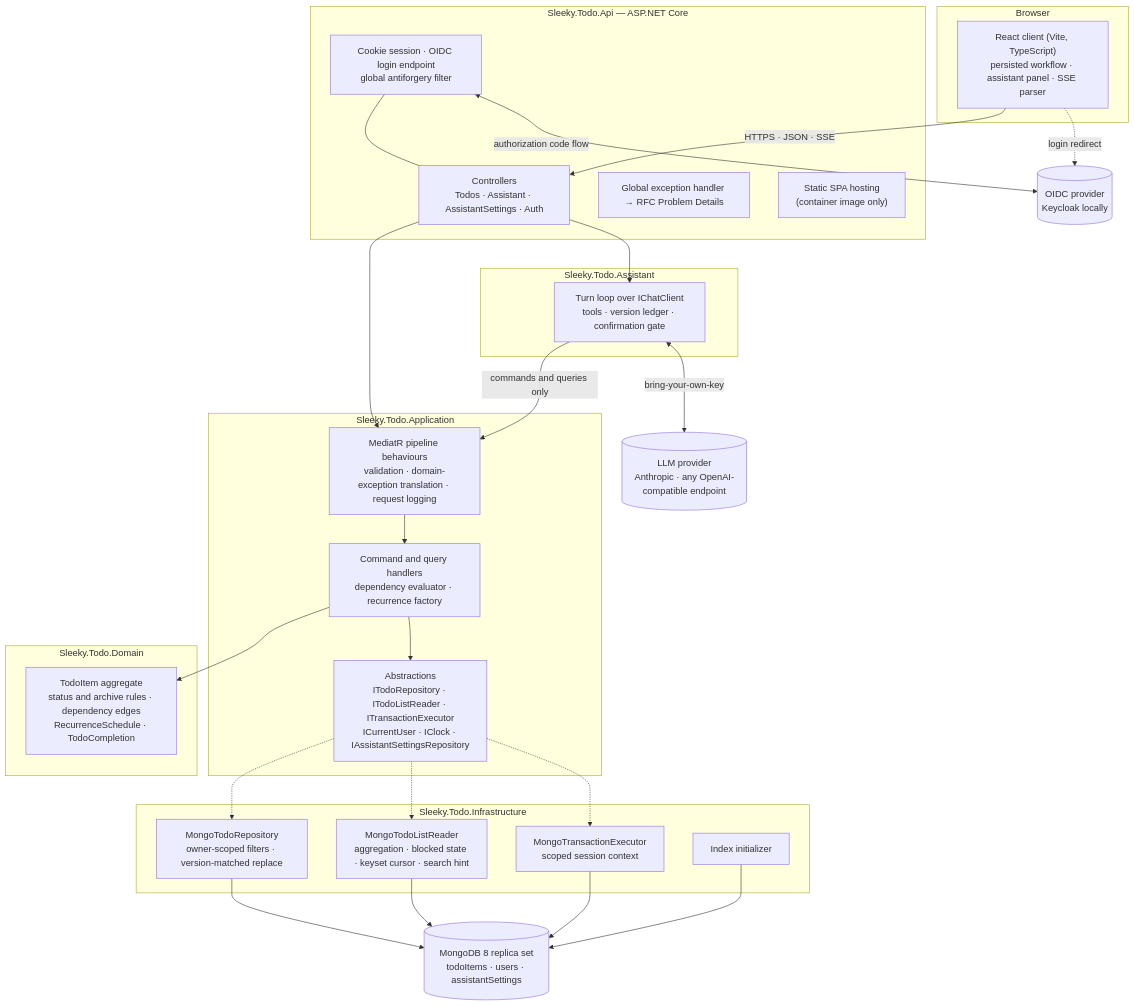
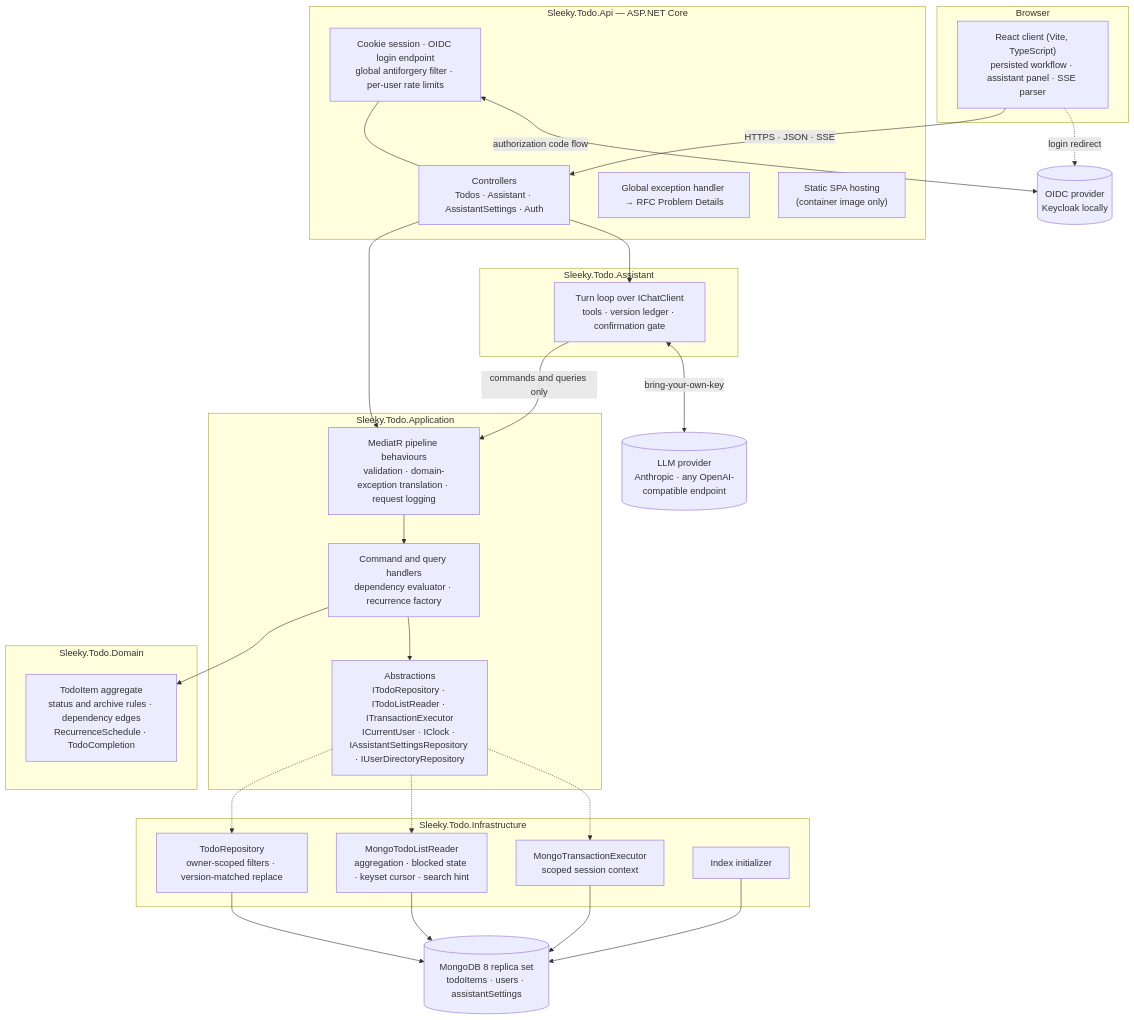
The first of 2 diagrams in docs/architecture.md (Space0Timer/sleeky-todo), drawn with Mermaid before and after one commit. The commit also changed other lines of this file and 6 other files, not shown here.

First line of the commit message:
docs: reconcile architecture and decision logs with the code

````diff
--- a/docs/architecture.md
+++ b/docs/architecture.md
@@ -7,57 +7,57 @@
 ```mermaid
 flowchart TB
     subgraph browser["Browser"]
         spa["React client (Vite, TypeScript)<br/>persisted workflow · assistant panel · SSE parser"]
     end
 
     subgraph api["Sleeky.Todo.Api — ASP.NET Core"]
-        auth["Cookie session · OIDC login endpoint<br/>global antiforgery filter"]
+        auth["Cookie session · OIDC login endpoint<br/>global antiforgery filter · per-user rate limits"]
         controllers["Controllers<br/>Todos · Assistant · AssistantSettings · Auth"]
         problems["Global exception handler → RFC Problem Details"]
         static["Static SPA hosting<br/>(container image only)"]
     end
 
     subgraph assistant["Sleeky.Todo.Assistant"]
         turn["Turn loop over IChatClient<br/>tools · version ledger · confirmation gate"]
     end
 
     subgraph application["Sleeky.Todo.Application"]
         pipeline["MediatR pipeline behaviours<br/>validation · domain-exception translation · request logging"]
         handlers["Command and query handlers<br/>dependency evaluator · recurrence factory"]
-        abstractions["Abstractions<br/>ITodoRepository · ITodoListReader · ITransactionExecutor<br/>ICurrentUser · IClock · IAssistantSettingsRepository"]
+        abstractions["Abstractions<br/>ITodoRepository · ITodoListReader · ITransactionExecutor<br/>ICurrentUser · IClock · IAssistantSettingsRepository · IUserDirectoryRepository"]
     end
 
     subgraph domain["Sleeky.Todo.Domain"]
         entity["TodoItem aggregate<br/>status and archive rules · dependency edges<br/>RecurrenceSchedule · TodoCompletion"]
     end
 
     subgraph infrastructure["Sleeky.Todo.Infrastructure"]
-        repo["MongoTodoRepository<br/>owner-scoped filters · version-matched replace"]
+        repo["TodoRepository<br/>owner-scoped filters · version-matched replace"]
         reader["MongoTodoListReader<br/>aggregation · blocked state · keyset cursor · search hint"]
         tx["MongoTransactionExecutor<br/>scoped session context"]
         startup["Index initializer"]
     end
 
     mongo[("MongoDB 8 replica set<br/>todoItems · users · assistantSettings")]
     idp[("OIDC provider<br/>Keycloak locally")]
     llm[("LLM provider<br/>Anthropic · any OpenAI-compatible endpoint")]
 
     spa -->|"HTTPS · JSON · SSE"| controllers
     spa -.->|"login redirect"| idp
     auth --- controllers
     controllers --> pipeline
     controllers --> turn
     turn -->|"commands and queries only"| pipeline
     turn <-->|"bring-your-own-key"| llm
     pipeline --> handlers
     handlers --> entity
     handlers --> abstractions
     abstractions -.-> repo
     abstractions -.-> reader
     abstractions -.-> tx
     repo --> mongo
     reader --> mongo
     tx --> mongo
     startup --> mongo
     auth <-->|"authorization code flow"| idp
 ```
````
